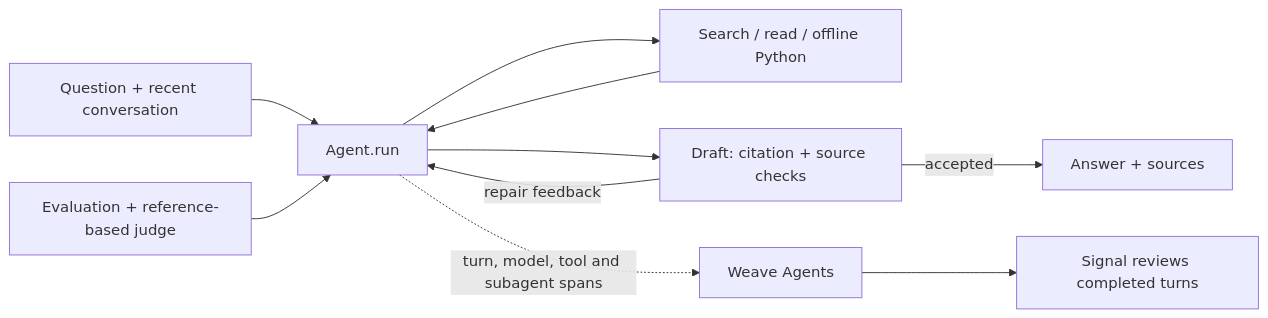
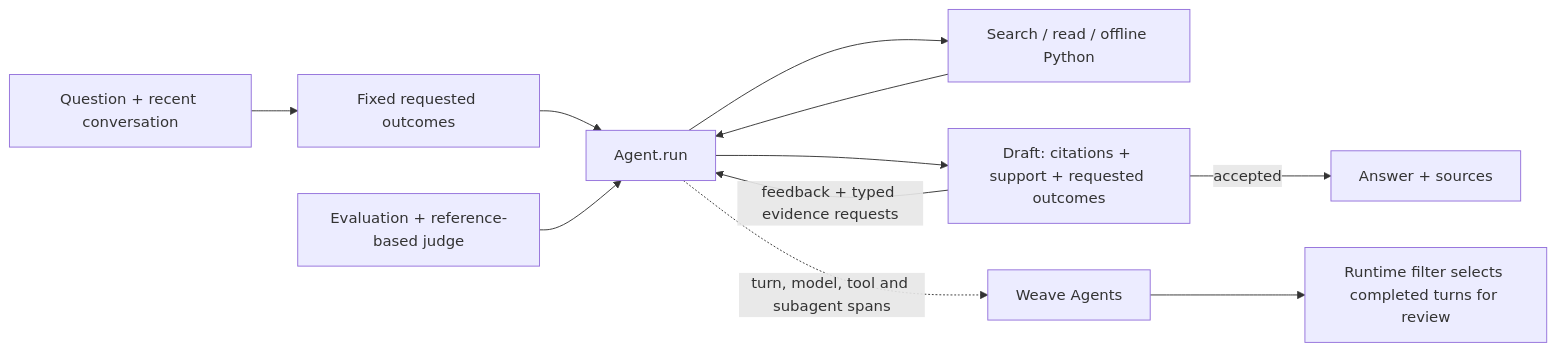
One commit to devsodhirao/coreweaving changed the diagram in README.md. Above: the diagram before and after it, drawn with Mermaid. The commit also changed other lines of this file and 6 other files, not shown here.

````diff
--- a/README.md
+++ b/README.md
@@ -48,12 +48,13 @@
 ```mermaid
 flowchart LR
-    Q[Question + recent conversation] --> A[Agent.run]
+    Q[Question + recent conversation] --> P[Fixed requested outcomes]
+    P --> A[Agent.run]
     A --> T[Search / read / offline Python]
     T --> A
-    A --> V[Draft: citation + source checks]
-    V -->|repair feedback| A
+    A --> V[Draft: citations + support + requested outcomes]
+    V -->|feedback + typed evidence requests| A
     V -->|accepted| U[Answer + sources]
     A -. turn, model, tool and subagent spans .-> W[Weave Agents]
     E[Evaluation + reference-based judge] --> A
-    W --> S[Signal reviews completed turns]
+    W --> S[Runtime filter selects completed turns for review]
 ```
````
